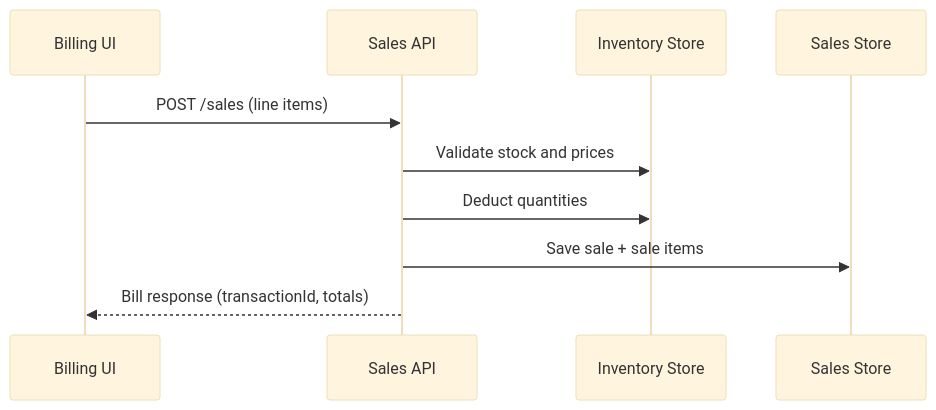
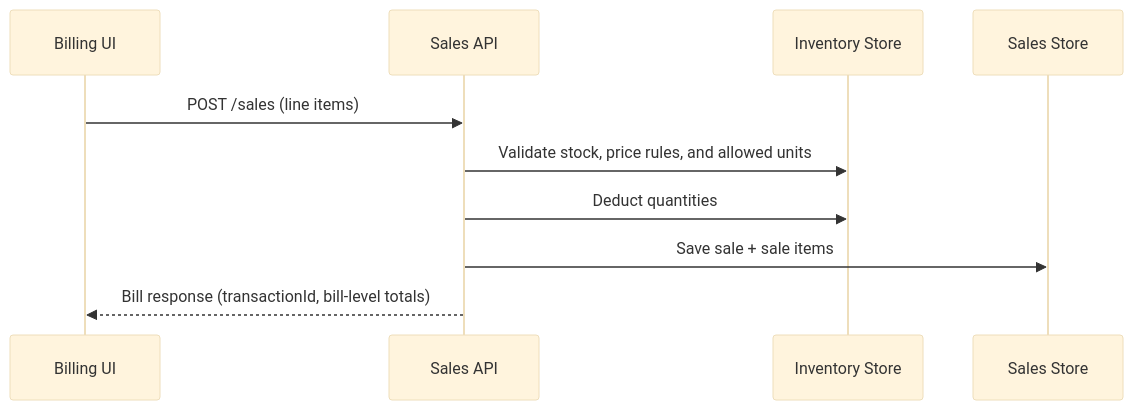
One commit to kasunsk/pharmacy-inventory changed the third of 3 diagrams in README.md. Above: the diagram before and after it, drawn with Mermaid (base theme). The commit also changed other lines of this file and 15 other files, not shown here.

````diff
--- a/README.md
+++ b/README.md
@@ -102,13 +104,13 @@
 ```mermaid
 sequenceDiagram
   participant UI as Billing UI
   participant API as Sales API
   participant INV as Inventory Store
   participant TX as Sales Store
 
   UI->>API: POST /sales (line items)
-  API->>INV: Validate stock and prices
+  API->>INV: Validate stock, price rules, and allowed units
   API->>INV: Deduct quantities
   API->>TX: Save sale + sale items
-  API-->>UI: Bill response (transactionId, totals)
+  API-->>UI: Bill response (transactionId, bill-level totals)
 ```
````
